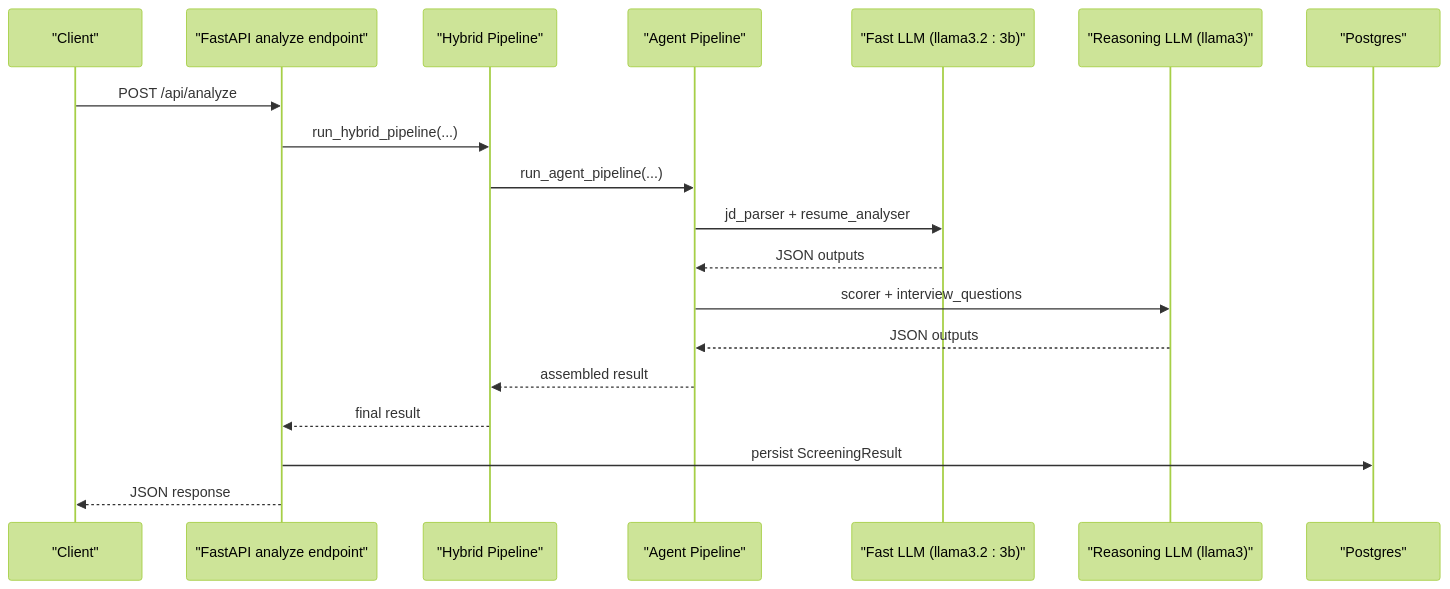
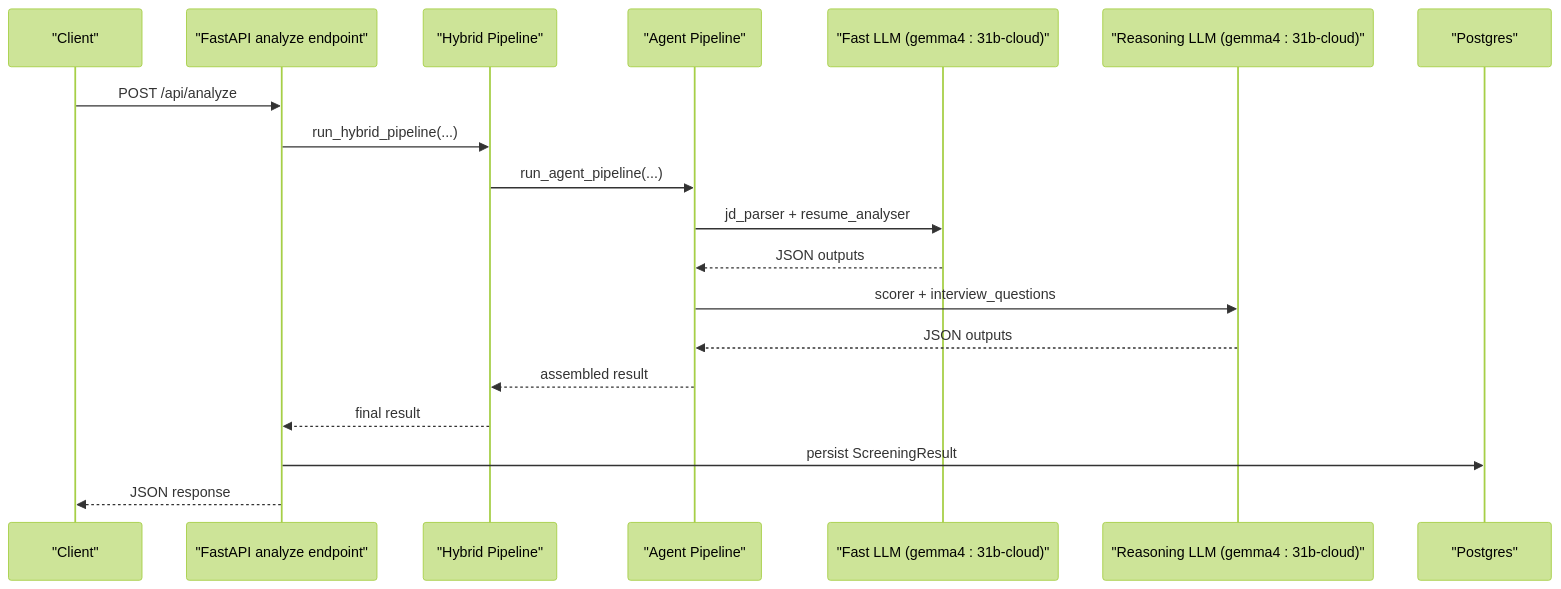
Before and after one commit to Revanththetalogics/aireume: the sixth of 9 diagrams in .qoder/repowiki/en/content/Technology Stack.md, drawn with Mermaid (forest theme). The commit also changed other lines of this file and 14 other files, not shown here.

````diff
--- a/.qoder/repowiki/en/content/Technology Stack.md
+++ b/.qoder/repowiki/en/content/Technology Stack.md
@@ -254,21 +265,21 @@
 ```mermaid
 sequenceDiagram
 participant Client as "Client"
 participant API as "FastAPI analyze endpoint"
 participant Hybrid as "Hybrid Pipeline"
 participant Agent as "Agent Pipeline"
-participant LLM1 as "Fast LLM (llama3.2 : 3b)"
-participant LLM2 as "Reasoning LLM (llama3)"
+participant LLM1 as "Fast LLM (gemma4 : 31b-cloud)"
+participant LLM2 as "Reasoning LLM (gemma4 : 31b-cloud)"
 participant DB as "Postgres"
 Client->>API : POST /api/analyze
 API->>Hybrid : run_hybrid_pipeline(...)
 Hybrid->>Agent : run_agent_pipeline(...)
 Agent->>LLM1 : jd_parser + resume_analyser
 LLM1-->>Agent : JSON outputs
 Agent->>LLM2 : scorer + interview_questions
 LLM2-->>Agent : JSON outputs
 Agent-->>Hybrid : assembled result
 Hybrid-->>API : final result
 API->>DB : persist ScreeningResult
 API-->>Client : JSON response
 ```
````
